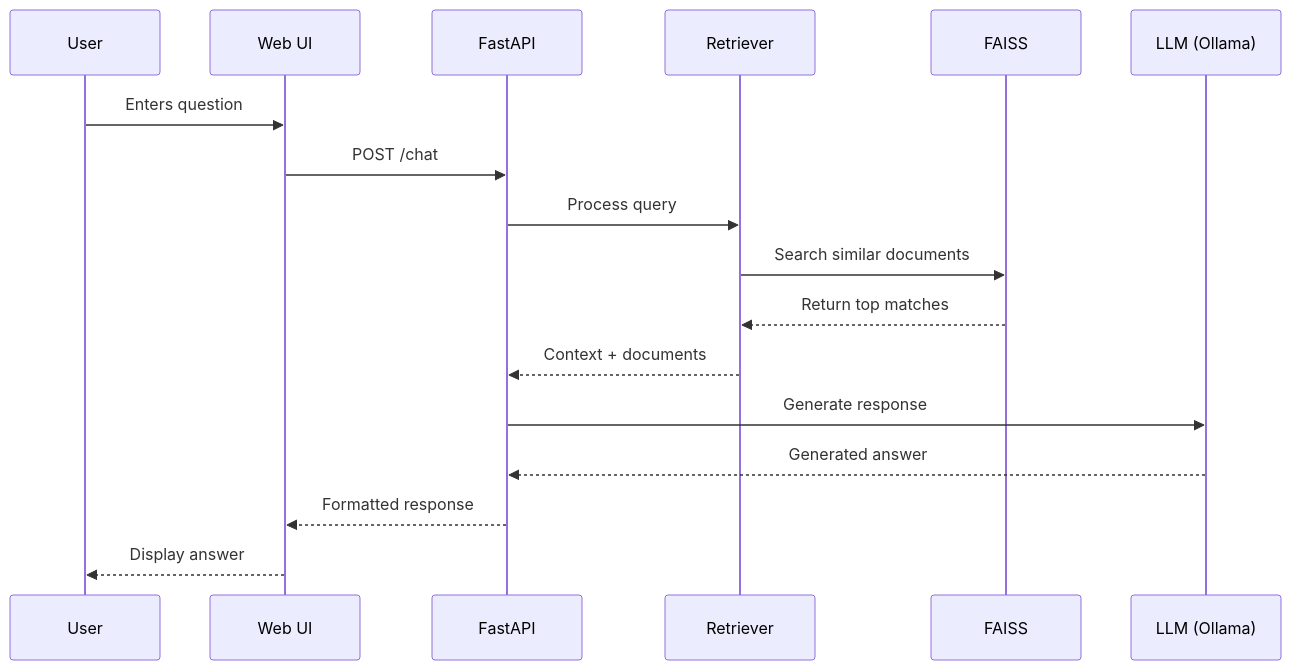
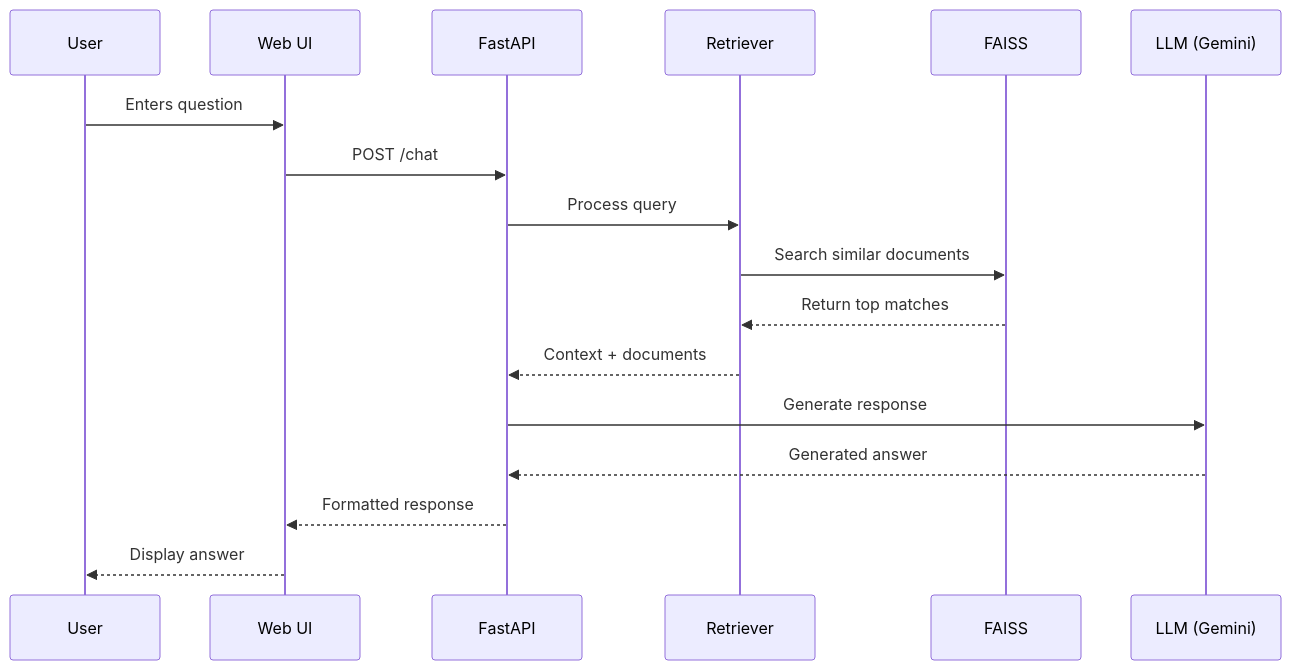
One commit to MaqboolSaiyed/ChatBot changed the second of 2 diagrams in ARCHITECTURE.md. Above: the diagram before and after it, drawn with Mermaid. The commit also changed other lines of this file and 8 other files, not shown here.

````diff
--- a/ARCHITECTURE.md
+++ b/ARCHITECTURE.md
@@ -54,20 +53,20 @@
 ```mermaid
 sequenceDiagram
     participant U as User
     participant W as Web UI
     participant A as FastAPI
     participant R as Retriever
     participant V as FAISS
-    participant L as LLM (Ollama)
+    participant L as LLM (Gemini)
     
     U->>W: Enters question
     W->>A: POST /chat
     A->>R: Process query
     R->>V: Search similar documents
     V-->>R: Return top matches
     R-->>A: Context + documents
     A->>L: Generate response
     L-->>A: Generated answer
     A-->>W: Formatted response
     W-->>U: Display answer
 ```
````
